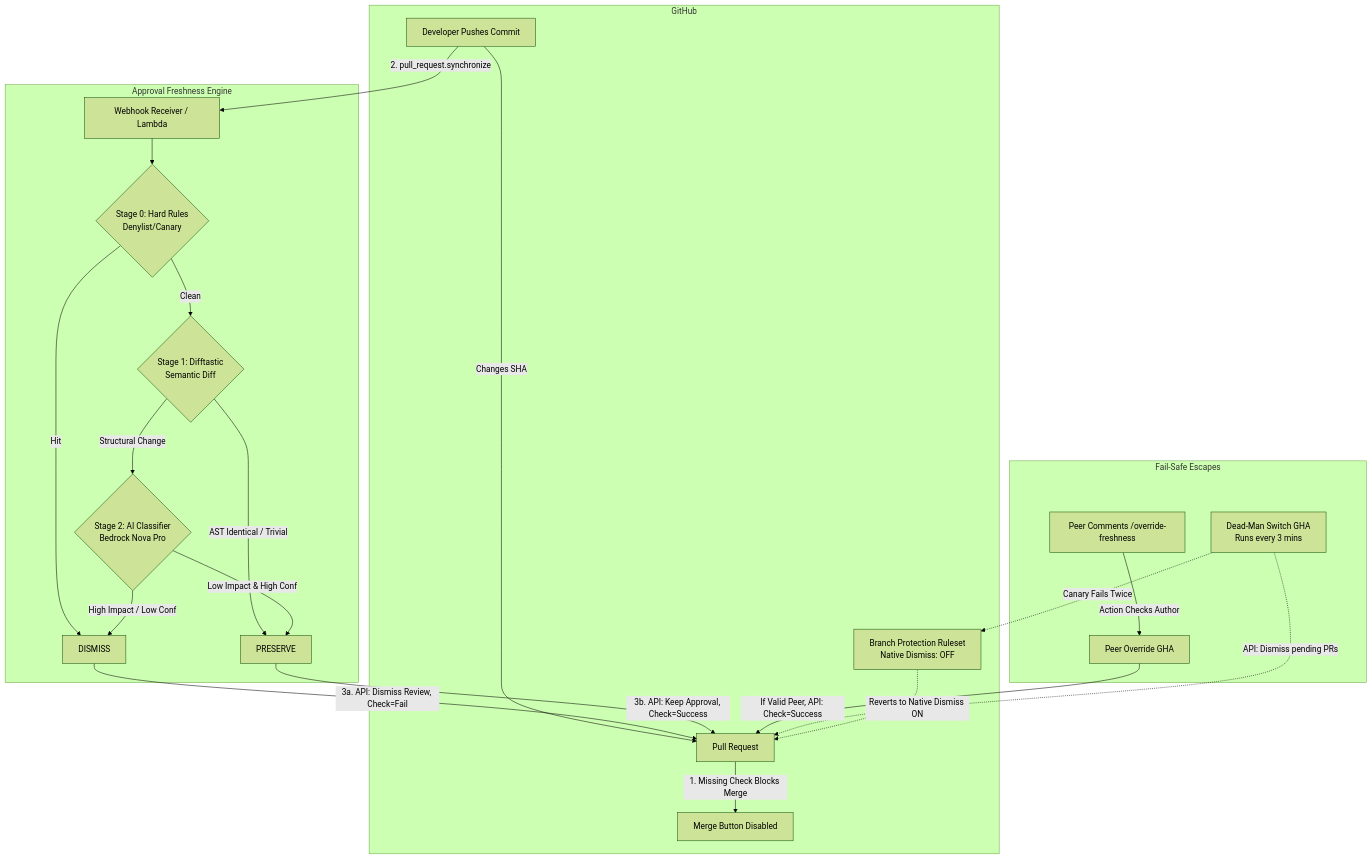
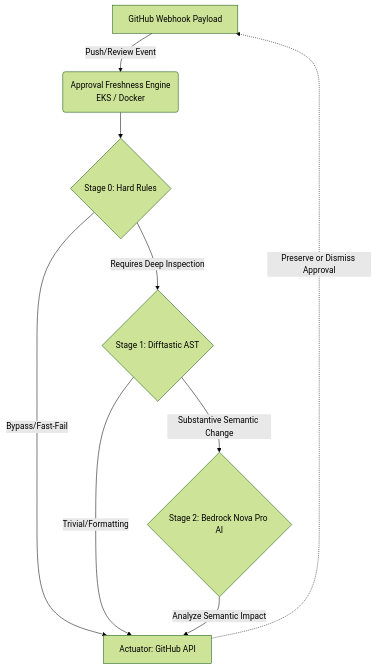
The diagram in docs/architecture.mmd (jonehb11/approval-freshness-engine), drawn with Mermaid (forest theme) before and after one commit. The commit also changed 1 other file, not shown here.

Commit message:
docs: simplify architecture diagram for EKS deployment

```diff
--- a/docs/architecture.mmd
+++ b/docs/architecture.mmd
@@ -1,41 +1,9 @@
 graph TD
-    subgraph GitHub
-        PR[Pull Request]
-        Ruleset[Branch Protection Ruleset<br>Native Dismiss: OFF]
-        Push[Developer Pushes Commit]
-        Push -->|Changes SHA| PR
-        PR -->|1. Missing Check Blocks Merge| MergeBlocked[Merge Button Disabled]
-    end
-
-    subgraph Approval Freshness Engine
-        Webhook[Webhook Receiver / Lambda]
-        Push -->|2. pull_request.synchronize| Webhook
-        
-        S0{Stage 0: Hard Rules<br>Denylist/Canary}
-        S1{Stage 1: Difftastic<br>Semantic Diff}
-        S2{Stage 2: AI Classifier<br>Bedrock Nova Pro}
-        
-        Webhook --> S0
-        S0 -->|Hit| ActionDismiss[DISMISS]
-        S0 -->|Clean| S1
-        
-        S1 -->|AST Identical / Trivial| ActionPreserve[PRESERVE]
-        S1 -->|Structural Change| S2
-        
-        S2 -->|High Impact / Low Conf| ActionDismiss
-        S2 -->|Low Impact & High Conf| ActionPreserve
-        
-        ActionDismiss -->|3a. API: Dismiss Review, Check=Fail| PR
-        ActionPreserve -->|3b. API: Keep Approval, Check=Success| PR
-    end
-
-    subgraph Escapes [Fail-Safe Escapes]
-        Comment[Peer Comments /override-freshness]
-        Comment -->|Action Checks Author| GHA[Peer Override GHA]
-        GHA -->|If Valid Peer, API: Check=Success| PR
-        
-        DeadMan[Dead-Man Switch GHA<br>Runs every 3 mins]
-        DeadMan -.->|Canary Fails Twice| Ruleset
-        DeadMan -.->|API: Dismiss pending PRs| PR
-        Ruleset -.->|Reverts to Native Dismiss ON| PR
-    end
+    A[GitHub Webhook Payload] -->|Push/Review Event| B(Approval Freshness Engine<br>EKS / Docker)
+    B --> C{Stage 0: Hard Rules}
+    C -->|Bypass/Fast-Fail| F[Actuator: GitHub API]
+    C -->|Requires Deep Inspection| D{Stage 1: Difftastic AST}
+    D -->|Trivial/Formatting| F
+    D -->|Substantive Semantic Change| E{Stage 2: Bedrock Nova Pro AI}
+    E -->|Analyze Semantic Impact| F
+    F -.->|Preserve or Dismiss Approval| A
```
